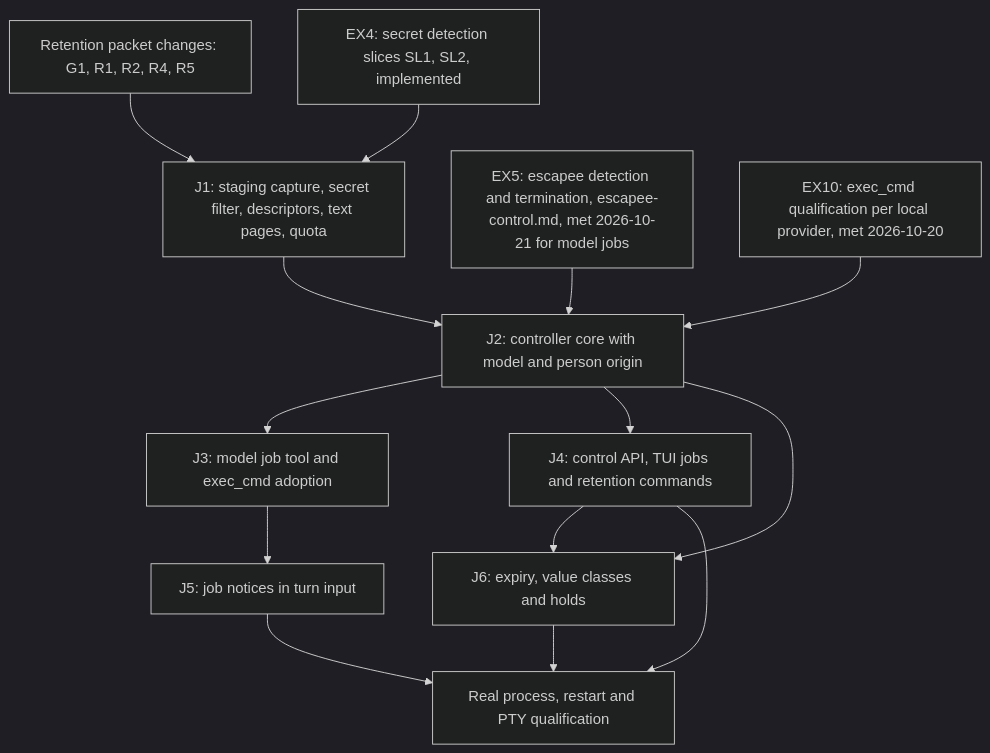
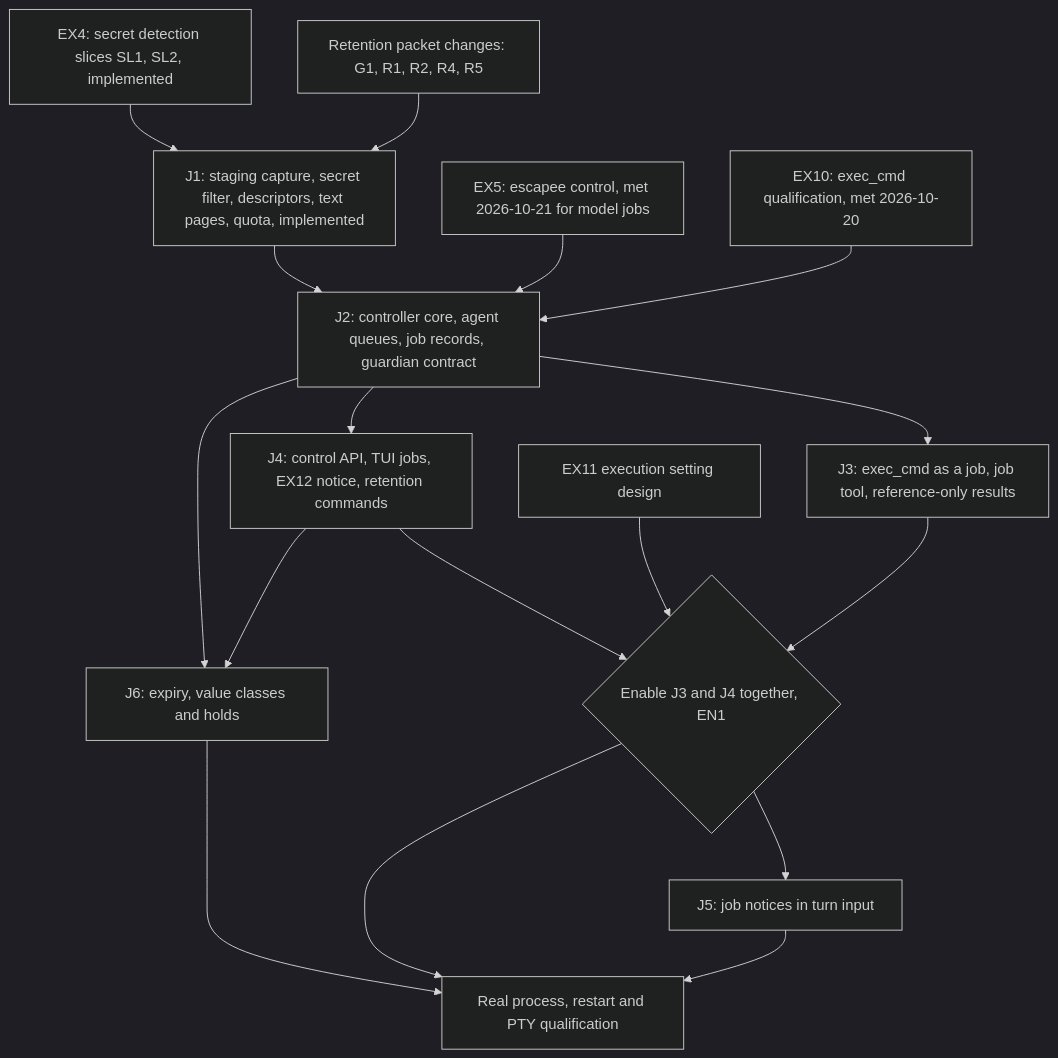
One commit to pidster/asura changed the sixth of 15 diagrams in docs/designs/tool-job-controller.md. Above: the diagram before and after it, drawn with Mermaid (dark theme). The commit also changed other lines of this file and 11 other files, not shown here.

First line of the commit message:
Design the J2 tool job controller core

````diff
--- a/docs/designs/tool-job-controller.md
+++ b/docs/designs/tool-job-controller.md
@@ -934,16 +994,19 @@
 ```mermaid
 flowchart TD
-    RP[Retention packet changes: G1, R1, R2, R4, R5] --> J1[J1: staging capture, secret filter, descriptors, text pages, quota]
+    RP[Retention packet changes: G1, R1, R2, R4, R5] --> J1[J1: staging capture, secret filter, descriptors, text pages, quota, implemented]
     SD[EX4: secret detection slices SL1, SL2, implemented] --> J1
-    ESC[EX5: escapee detection and termination, escapee-control.md, met 2026-10-21 for model jobs] --> J2[J2: controller core with model and person origin]
-    QUAL[EX10: exec_cmd qualification per local provider, met 2026-10-20] --> J2
+    ESC[EX5: escapee control, met 2026-10-21 for model jobs] --> J2[J2: controller core, agent queues, job records, guardian contract]
+    QUAL[EX10: exec_cmd qualification, met 2026-10-20] --> J2
     J1 --> J2
-    J2 --> J3[J3: model job tool and exec_cmd adoption]
-    J2 --> J4[J4: control API, TUI jobs and retention commands]
+    J2 --> J3[J3: exec_cmd as a job, job tool, reference-only results]
+    J2 --> J4[J4: control API, TUI jobs, EX12 notice, retention commands]
+    EX11[EX11 execution setting design] --> EN
+    J3 --> EN{Enable J3 and J4 together, EN1}
+    J4 --> EN
+    EN --> J5[J5: job notices in turn input]
     J2 --> J6[J6: expiry, value classes and holds]
-    J3 --> J5[J5: job notices in turn input]
     J4 --> J6
-    J4 --> Q[Real process, restart and PTY qualification]
+    EN --> Q[Real process, restart and PTY qualification]
     J5 --> Q
     J6 --> Q
 ```
````
